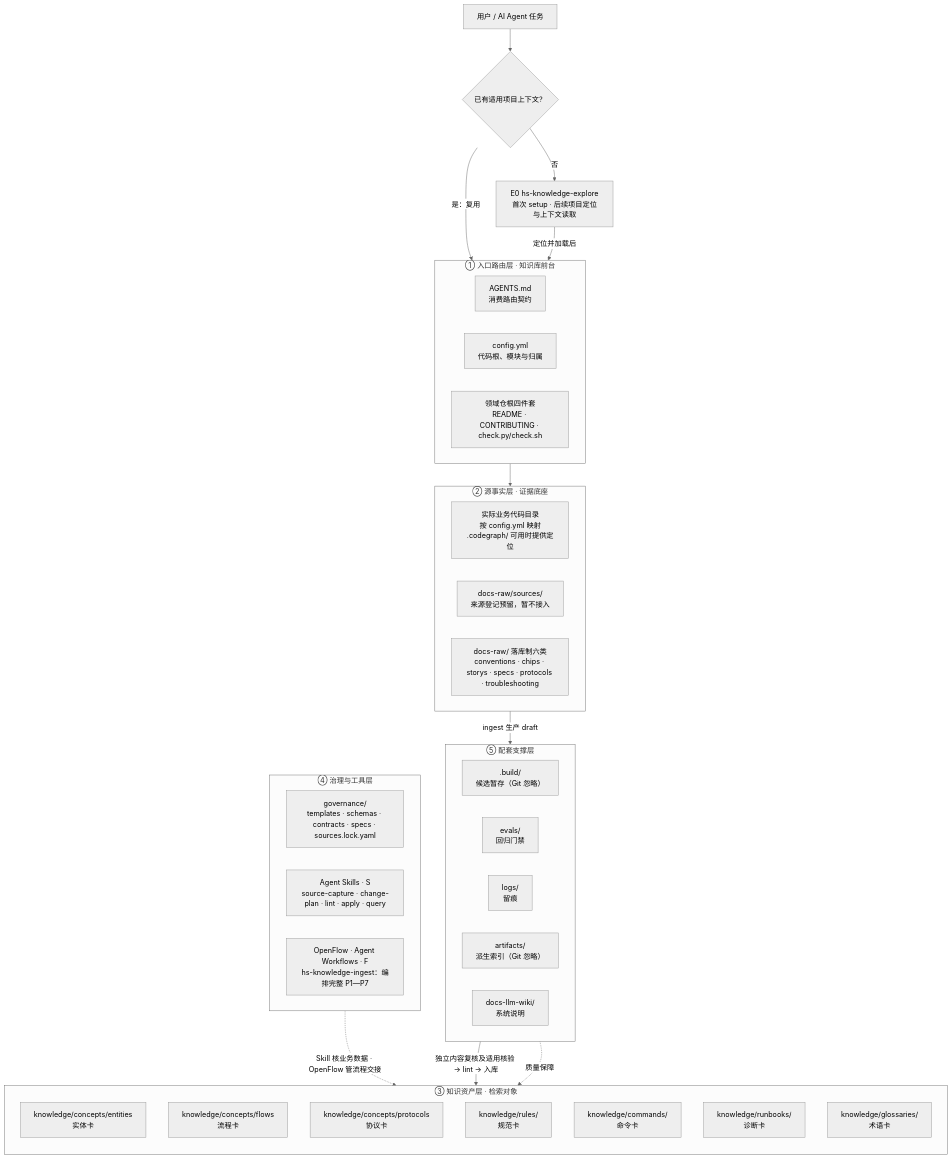
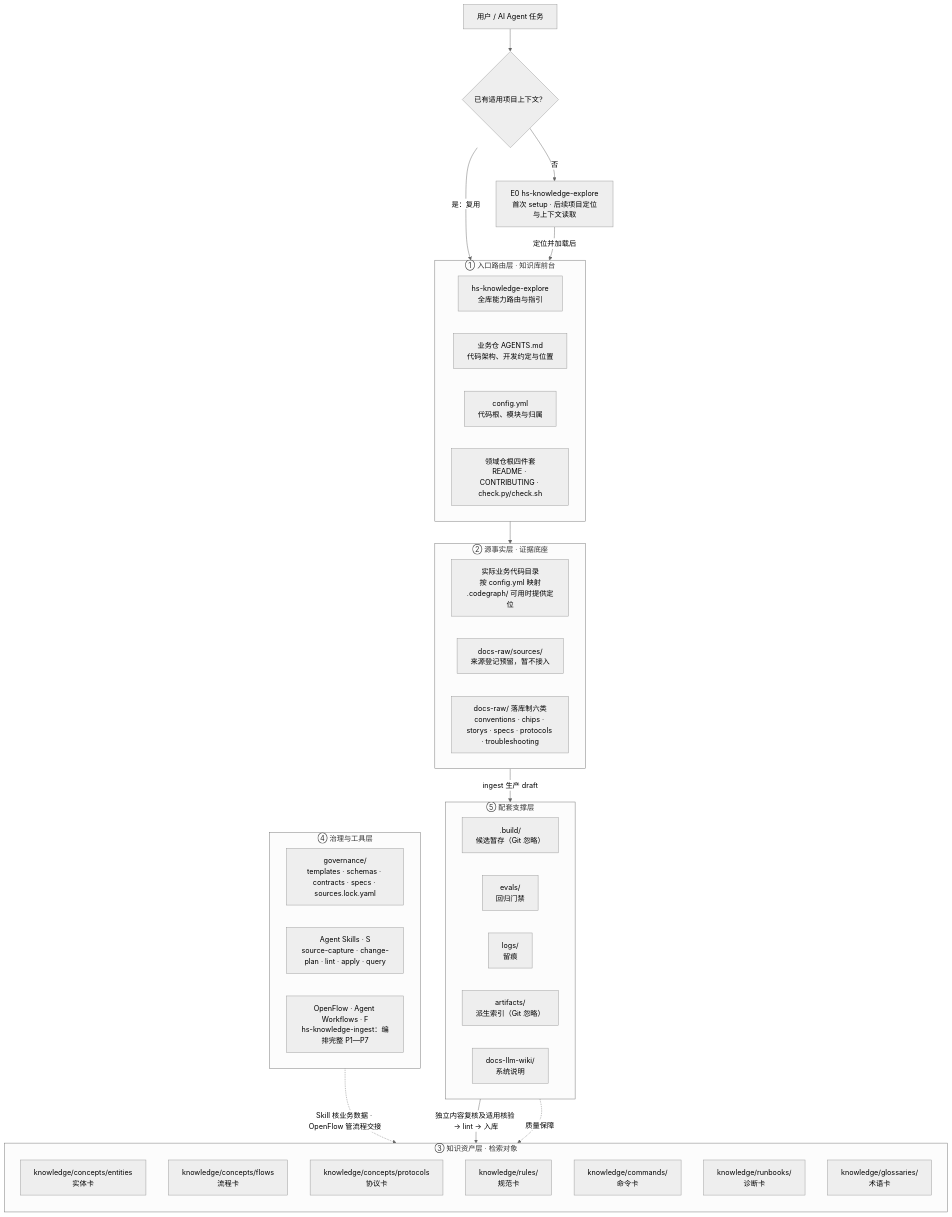
One commit to Robin-hhc/FactumCore changed the first of 7 diagrams in himate-knowledge-wifi-mp/docs-llm-wiki/HiMate知识库架构设计.md. Above: the diagram before and after it, drawn with Mermaid (neutral theme). The commit also changed other lines of this file and 15 other files, not shown here.

````diff
--- a/himate-knowledge-wifi-mp/docs-llm-wiki/HiMate知识库架构设计.md
+++ b/himate-knowledge-wifi-mp/docs-llm-wiki/HiMate知识库架构设计.md
@@ -129,57 +131,58 @@
 ```mermaid
 flowchart TB
     U["用户 / AI Agent 任务"]
     C0{"已有适用项目上下文？"}
     E0["E0 hs-knowledge-explore<br />首次 setup · 后续项目定位与上下文读取"]
 
     subgraph S1["① 入口路由层 · 知识库前台"]
         direction LR
-        A2["AGENTS.md<br />消费路由契约"]
+        A1["hs-knowledge-explore<br />全库能力路由与指引"]
+        A2["业务仓 AGENTS.md<br />代码架构、开发约定与位置"]
         A3["config.yml<br />代码根、模块与归属"]
         A4["领域仓根四件套<br />README · CONTRIBUTING · check.py/check.sh"]
     end
 
     subgraph S2["② 源事实层 · 证据底座"]
         direction LR
         B1["实际业务代码目录<br />按 config.yml 映射<br />.codegraph/ 可用时提供定位"]
         B2["docs-raw/sources/<br />来源登记预留，暂不接入"]
         B3["docs-raw/ 落库制六类<br />conventions · chips · storys · specs · protocols · troubleshooting"]
     end
 
     subgraph S3["③ 知识资产层 · 检索对象"]
         direction TB
         C1["knowledge/concepts/entities<br />实体卡"]
         C2["knowledge/concepts/flows<br />流程卡"]
         C3["knowledge/concepts/protocols<br />协议卡"]
         C4["knowledge/rules/<br />规范卡"]
         C5["knowledge/commands/<br />命令卡"]
         C6["knowledge/runbooks/<br />诊断卡"]
         C7["knowledge/glossaries/<br />术语卡"]
     end
 
     subgraph S4["④ 治理与工具层"]
         direction LR
         D1["governance/<br />templates · schemas · contracts · specs · sources.lock.yaml"]
         D2["Agent Skills · S<br />source-capture · change-plan · lint · apply · query"]
         D3["OpenFlow · Agent Workflows · F<br />hs-knowledge-ingest：编排完整 P1—P7"]
     end
 
     subgraph S5["⑤ 配套支撑层"]
         direction LR
         E1[".build/<br />候选暂存（Git 忽略）"]
         E2["evals/<br />回归门禁"]
         E3["logs/<br />留痕"]
         E4["artifacts/<br />派生索引（Git 忽略）"]
         E5["docs-llm-wiki/<br />系统说明"]
     end
 
     U --> C0
     C0 -->|"是：复用"| S1
     C0 -->|"否"| E0
     E0 -->|"定位并加载后"| S1
     S1 --> S2
     S2 -->|"ingest 生产 draft"| E1
     E1 -->|"独立内容复核及适用核验 → lint → 入库"| S3
     S4 -.->|"Skill 核业务数据 · OpenFlow 管流程交接"| S3
     S5 -.->|"质量保障"| S3
 ```
````
